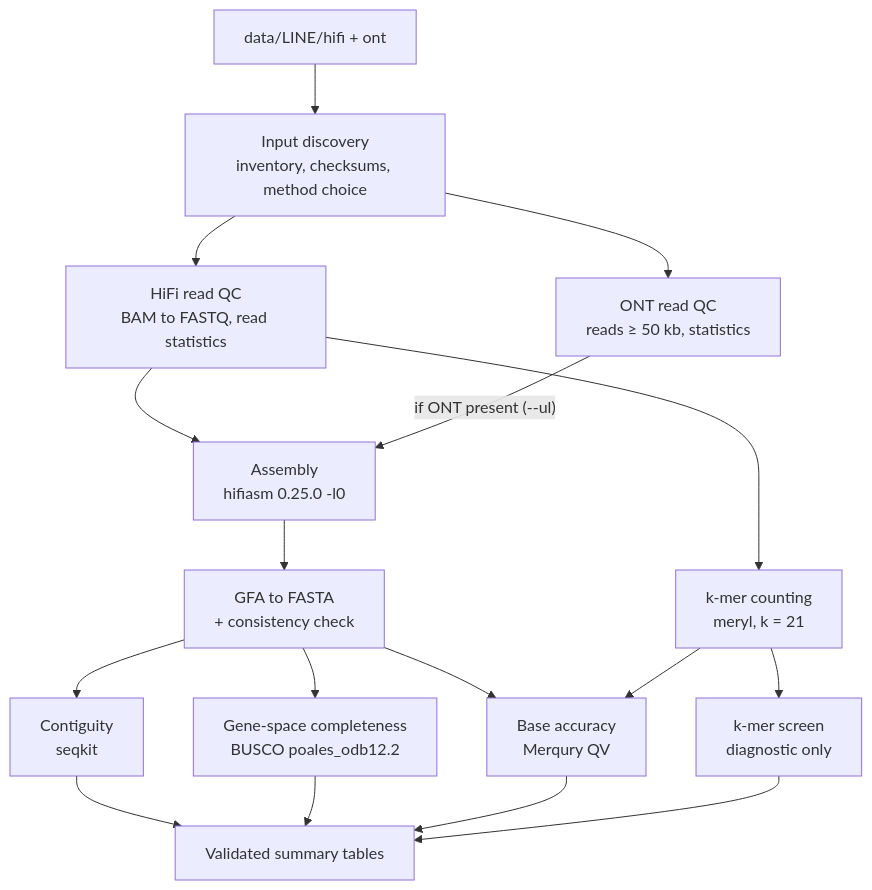
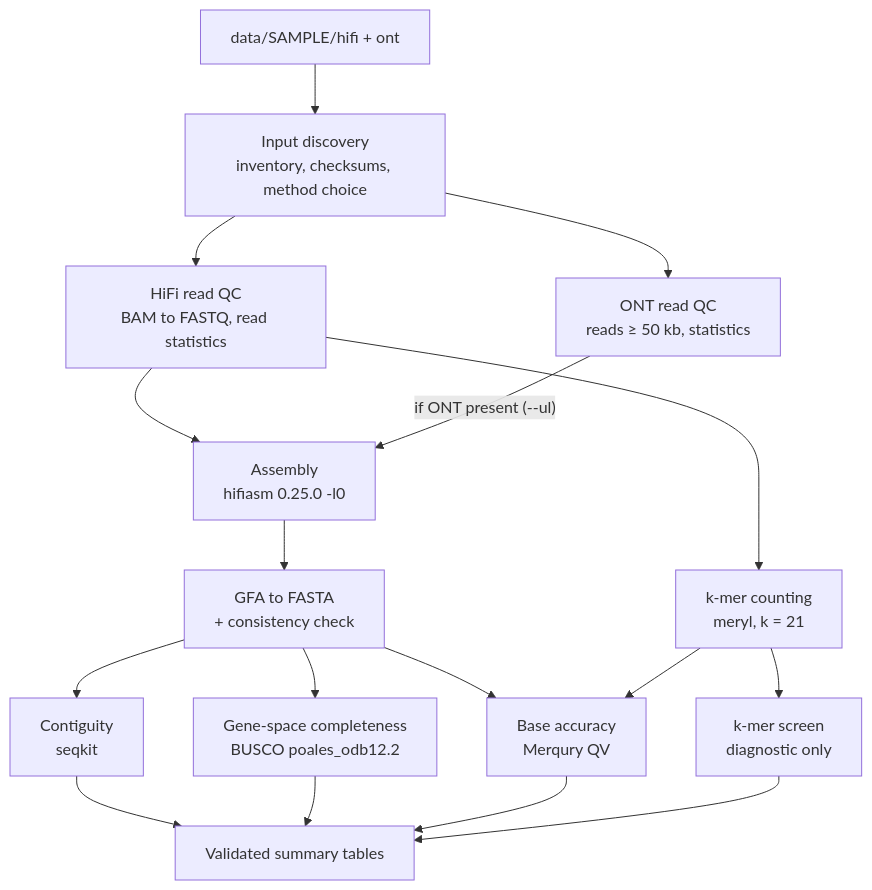
One commit to maize-genetics/g2f_2024 changed the diagram in README.md. Above: the diagram before and after it, drawn with Mermaid. The commit also changed other lines of this file and 34 other files, not shown here.

````diff
--- a/README.md
+++ b/README.md
@@ -253,19 +288,19 @@
 ```mermaid
 flowchart TD
-    IN["data/LINE/hifi + ont"] --> DISC["Input discovery<br/>inventory, checksums, method choice"]
+    IN["data/SAMPLE/hifi + ont"] --> DISC["Input discovery<br/>inventory, checksums, method choice"]
     DISC --> HIFI["HiFi read QC<br/>BAM to FASTQ, read statistics"]
     DISC --> ONT["ONT read QC<br/>reads ≥ 50 kb, statistics"]
     HIFI --> KMER["k-mer counting<br/>meryl, k = 21"]
     KMER --> SCREEN["k-mer screen<br/>diagnostic only"]
     HIFI --> ASM["Assembly<br/>hifiasm 0.25.0 -l0"]
     ONT -->|"if ONT present (--ul)"| ASM
     ASM --> FA["GFA to FASTA<br/>+ consistency check"]
     FA --> STATS["Contiguity<br/>seqkit"]
     FA --> BUSCO["Gene-space completeness<br/>BUSCO poales_odb12.2"]
     FA --> MERQ["Base accuracy<br/>Merqury QV"]
     KMER --> MERQ
     STATS --> SUM["Validated summary tables"]
     BUSCO --> SUM
     MERQ --> SUM
     SCREEN --> SUM
 ```
````
